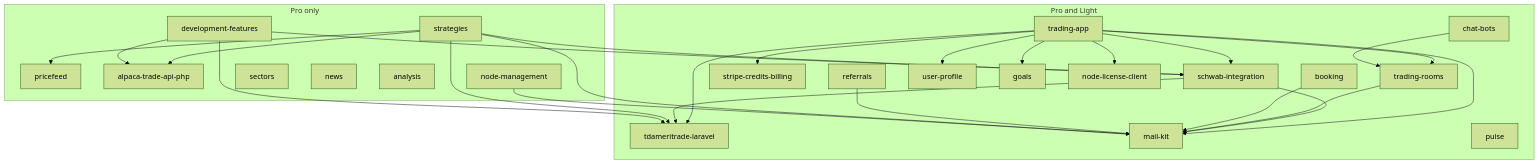
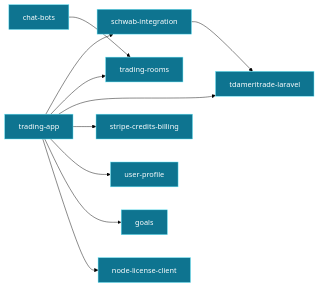
The first of 2 diagrams in docs/packages/README.md (ohlcx/docs), drawn with Mermaid (forest theme) before and after one commit. The commit also changed other lines of this file and 1 other file, not shown here.

Commit message:
Site: the package dependencies as two readable diagrams and a table, and wide tables that keep whole words

````diff
--- a/docs/packages/README.md
+++ b/docs/packages/README.md
@@ -57,51 +61,22 @@
 ```mermaid
-flowchart TB
-  subgraph both[Pro and Light]
-    ta[trading-app]
-    schwab[schwab-integration]
-    td[tdameritrade-laravel]
-    billing[stripe-credits-billing]
-    rooms[trading-rooms]
-    profile[user-profile]
-    goals
-    mail[mail-kit]
-    license[node-license-client]
-    booking
-    referrals
-    bots[chat-bots]
-    pulse
-  end
-  subgraph proonly[Pro only]
-    strategies
-    pricefeed
-    alpaca[alpaca-trade-api-php]
-    dev[development-features]
-    nodes[node-management]
-    sectors
-    news
-    analysis
-  end
-  ta --> license
+flowchart LR
+  classDef shared fill:#0e7490,stroke:#67e8f9,color:#ffffff,stroke-width:1px;
+  ta[trading-app]:::shared
+  schwab[schwab-integration]:::shared
+  rooms[trading-rooms]:::shared
+  bots[chat-bots]:::shared
+  td[tdameritrade-laravel]:::shared
+  billing[stripe-credits-billing]:::shared
+  profile[user-profile]:::shared
+  goals[goals]:::shared
+  license[node-license-client]:::shared
+  ta --> schwab
+  ta --> rooms
   ta --> td
-  ta --> schwab
   ta --> billing
   ta --> profile
-  ta --> rooms
   ta --> goals
-  ta --> mail
+  ta --> license
   schwab --> td
-  schwab --> mail
-  rooms --> mail
-  booking --> mail
-  referrals --> mail
   bots --> rooms
-  strategies --> alpaca
-  strategies --> td
-  strategies --> schwab
-  strategies --> pricefeed
-  strategies --> mail
-  dev --> alpaca
-  dev --> td
-  dev --> schwab
-  nodes --> mail
 ```
````
